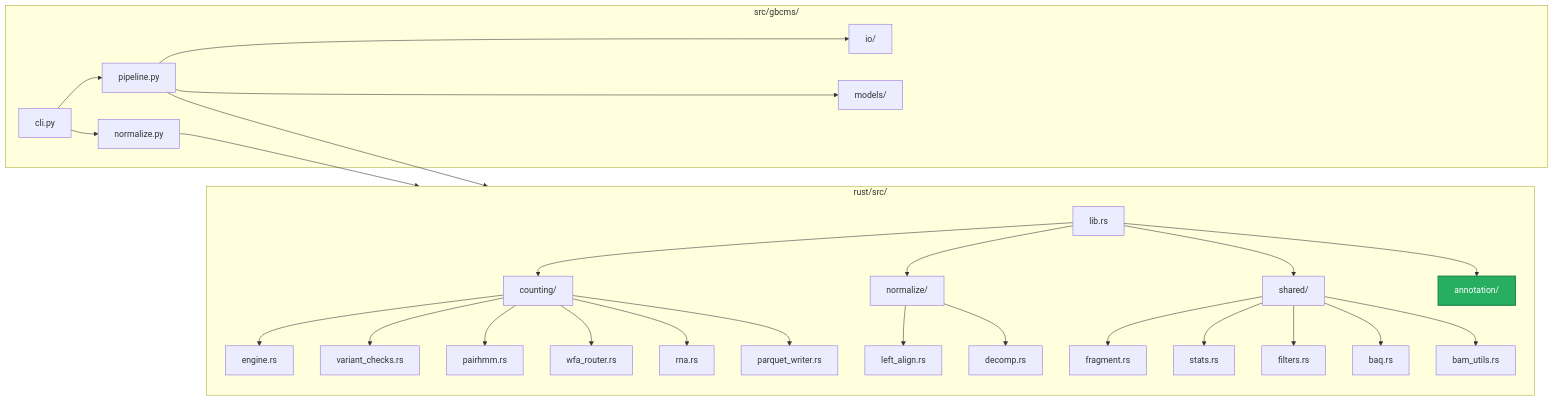
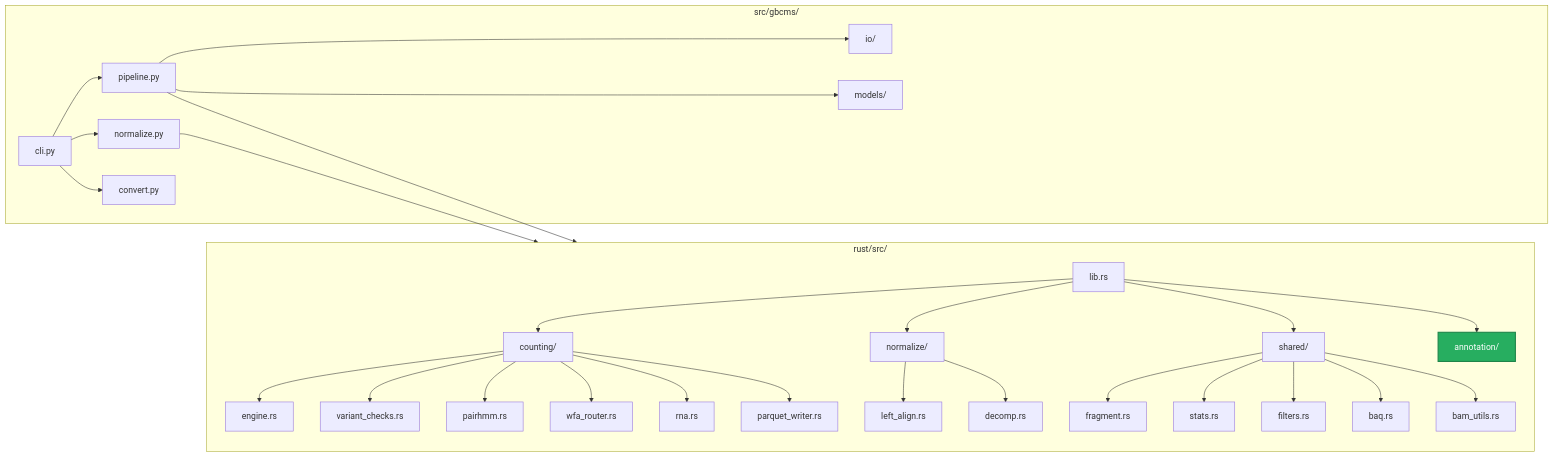
One commit to msk-access/gbcms changed the first of 2 diagrams in docs/development/developer-guide.md. Above: the diagram before and after it, drawn with Mermaid. The commit also changed 5 other files, not shown here.

````diff
--- a/docs/development/developer-guide.md
+++ b/docs/development/developer-guide.md
@@ -75,34 +75,35 @@
 ```mermaid
 flowchart LR
     subgraph Python["src/gbcms/"]
         CLI["cli.py"] --> Pipeline["pipeline.py"]
         CLI --> Normalize["normalize.py"]
+        CLI --> Convert["convert.py"]
         Pipeline --> IO["io/"]
         Pipeline --> Models["models/"]
     end
 
     subgraph Rust["rust/src/"]
         Lib["lib.rs"] --> Count["counting/"]
         Lib --> Norm["normalize/"]
         Lib --> Shared["shared/"]
         Lib --> Ann["annotation/"]:::annot
         Count --> Eng["engine.rs"]
         Count --> VC["variant_checks.rs"]
         Count --> PH["pairhmm.rs"]
         Count --> WFA["wfa_router.rs"]
         Count --> RNA["rna.rs"]
         Count --> Parquet["parquet_writer.rs"]
         Norm --> LA["left_align.rs"]
         Norm --> DC["decomp.rs"]
         Shared --> Frag["fragment.rs"]
         Shared --> Stats["stats.rs"]
         Shared --> Filters["filters.rs"]
         Shared --> BAQ["baq.rs"]
         Shared --> BamU["bam_utils.rs"]
     end
 
     Pipeline --> Rust
     Normalize --> Rust
 
     classDef annot fill:#27ae60,color:#fff,stroke:#1e8449,stroke-width:2px;
 ```
````
